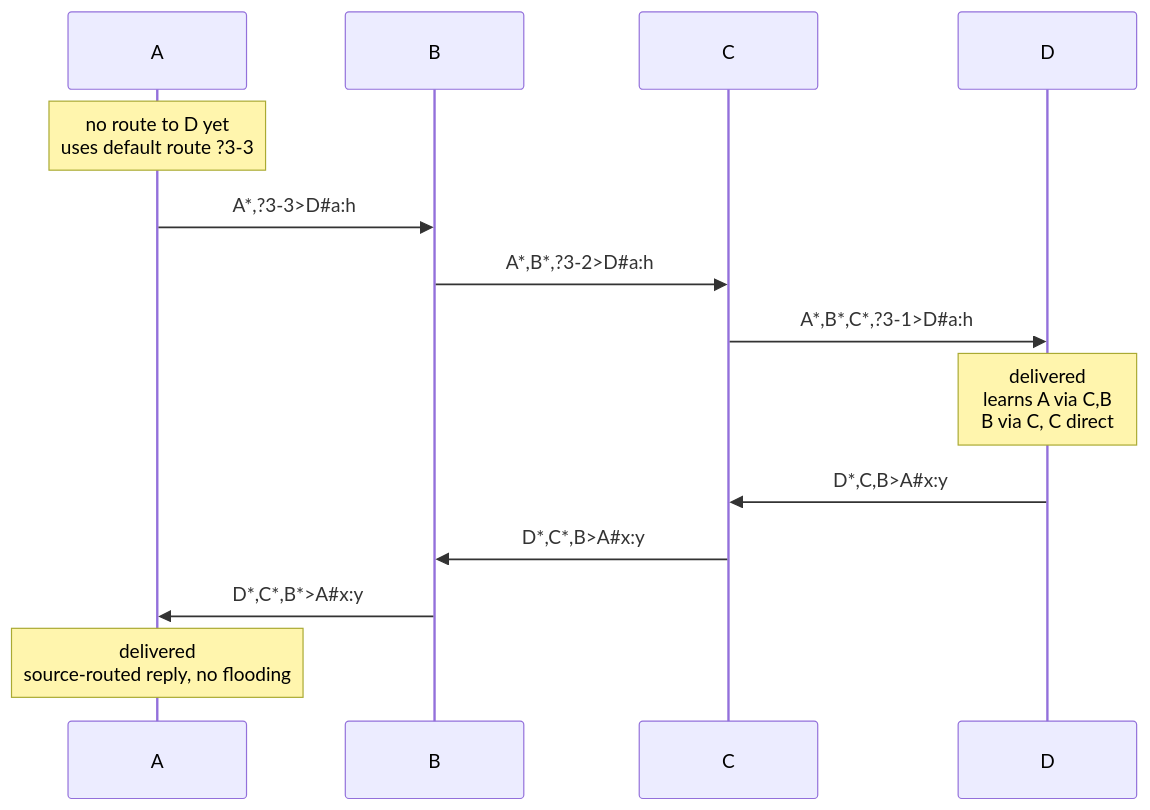
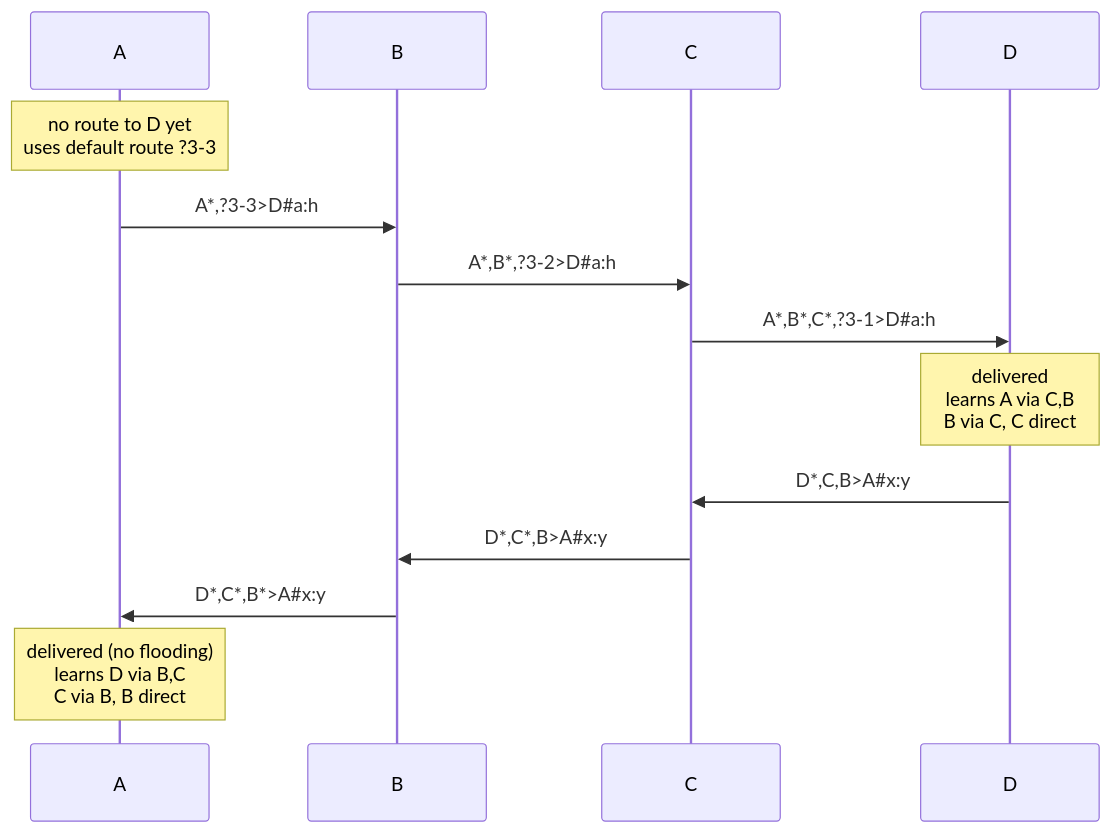
Before and after one commit to bytebang/mircobit-mesh: the diagram in README.md, drawn with Mermaid. The commit also changed other lines of this file, not shown here.

````diff
--- a/README.md
+++ b/README.md
@@ -99,16 +100,16 @@
 ```mermaid
 sequenceDiagram
     participant A
     participant B
     participant C
     participant D
     Note over A: no route to D yet<br/>uses default route ?3-3
     A->>B: A*,?3-3>D#35;a:h
     B->>C: A*,B*,?3-2>D#35;a:h
     C->>D: A*,B*,C*,?3-1>D#35;a:h
     Note over D: delivered<br/>learns A via C,B<br/>B via C, C direct
     D->>C: D*,C,B>A#35;x:y
     C->>B: D*,C*,B>A#35;x:y
     B->>A: D*,C*,B*>A#35;x:y
-    Note over A: delivered<br/>source-routed reply, no flooding
+    Note over A: delivered (no flooding)<br/>learns D via B,C<br/>C via B, B direct
 ```
````
